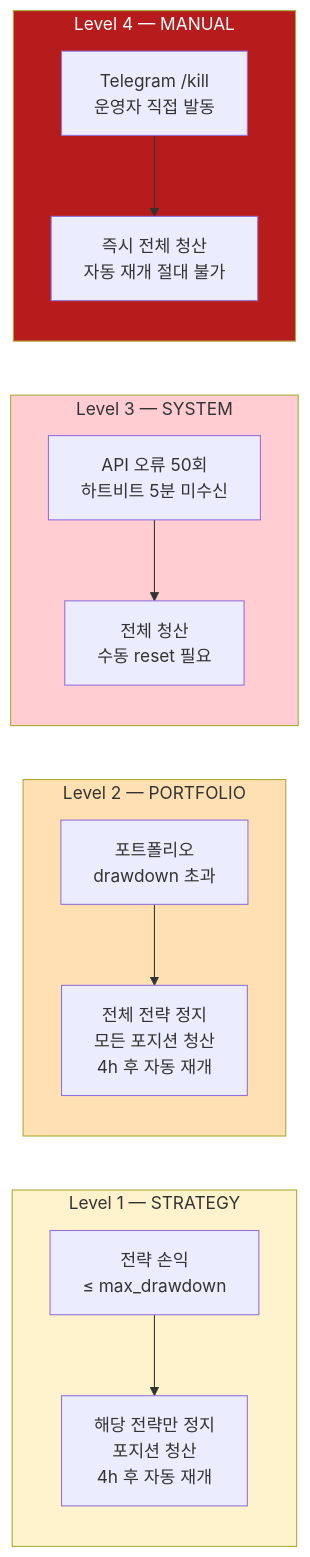
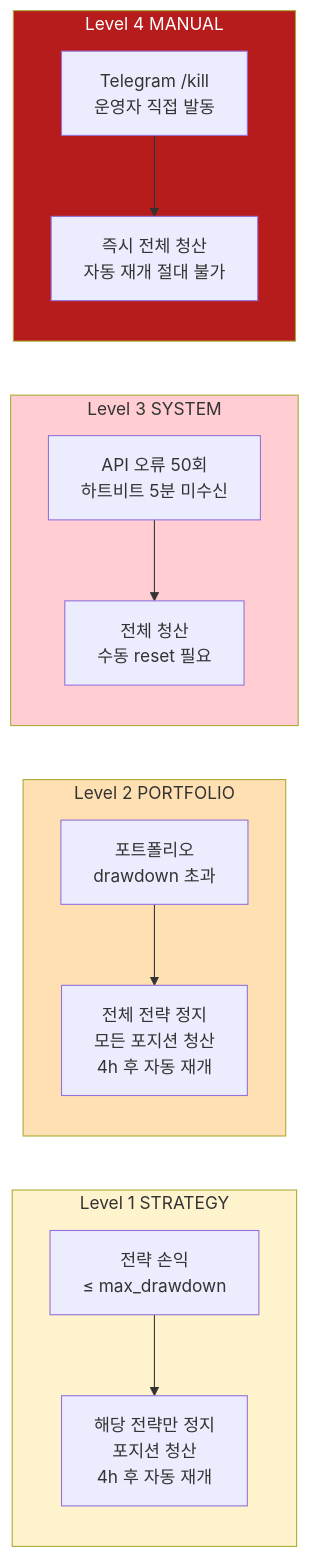
The fourth of 4 diagrams in cryptoengine/docs/policies/kill-switch.md (Justant-source/Bit-Mania), drawn with Mermaid before and after one commit. The commit also changed other lines of this file and 25 other files, not shown here.

First line of the commit message:
fix(docs): repair Mermaid diagrams for GitHub rendering (30 files)

````diff
--- a/cryptoengine/docs/policies/kill-switch.md
+++ b/cryptoengine/docs/policies/kill-switch.md
@@ -547,29 +547,29 @@
 ```mermaid
 flowchart LR
-    subgraph L1["Level 1 — STRATEGY"]
-        s1["전략 손익\n≤ max_drawdown"]
-        s2["해당 전략만 정지\n포지션 청산\n4h 후 자동 재개"]
+    subgraph L1["Level 1 STRATEGY"]
+        s1["전략 손익<br/>≤ max_drawdown"]
+        s2["해당 전략만 정지<br/>포지션 청산<br/>4h 후 자동 재개"]
     end
-    subgraph L2["Level 2 — PORTFOLIO"]
-        p1["포트폴리오\ndrawdown 초과"]
-        p2["전체 전략 정지\n모든 포지션 청산\n4h 후 자동 재개"]
+    subgraph L2["Level 2 PORTFOLIO"]
+        p1["포트폴리오<br/>drawdown 초과"]
+        p2["전체 전략 정지<br/>모든 포지션 청산<br/>4h 후 자동 재개"]
     end
-    subgraph L3["Level 3 — SYSTEM"]
-        sys1["API 오류 50회\n하트비트 5분 미수신"]
-        sys2["전체 청산\n수동 reset 필요"]
+    subgraph L3["Level 3 SYSTEM"]
+        sys1["API 오류 50회<br/>하트비트 5분 미수신"]
+        sys2["전체 청산<br/>수동 reset 필요"]
     end
-    subgraph L4["Level 4 — MANUAL"]
-        m1["Telegram /kill\n운영자 직접 발동"]
-        m2["즉시 전체 청산\n자동 재개 절대 불가"]
+    subgraph L4["Level 4 MANUAL"]
+        m1["Telegram /kill<br/>운영자 직접 발동"]
+        m2["즉시 전체 청산<br/>자동 재개 절대 불가"]
     end
 
     s1 --> s2
     p1 --> p2
     sys1 --> sys2
     m1 --> m2
 
     style L1 fill:#fff3cd
     style L2 fill:#ffe0b2
     style L3 fill:#ffcdd2
     style L4 fill:#b71c1c,color:#fff
 ```
````
